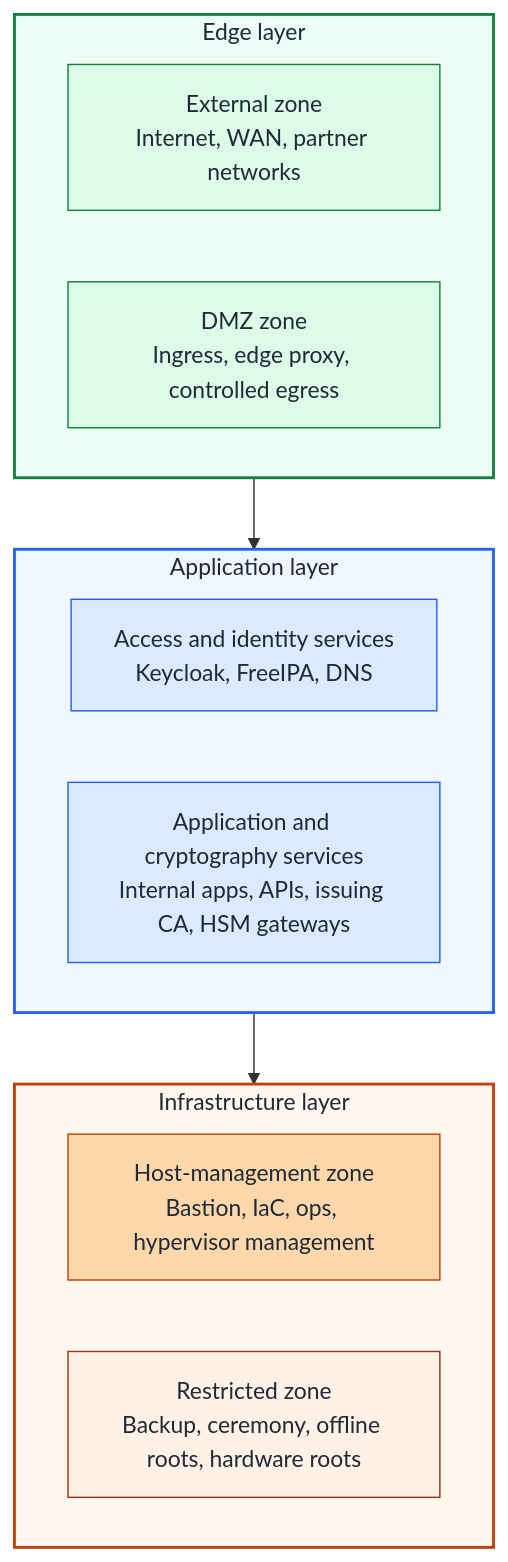
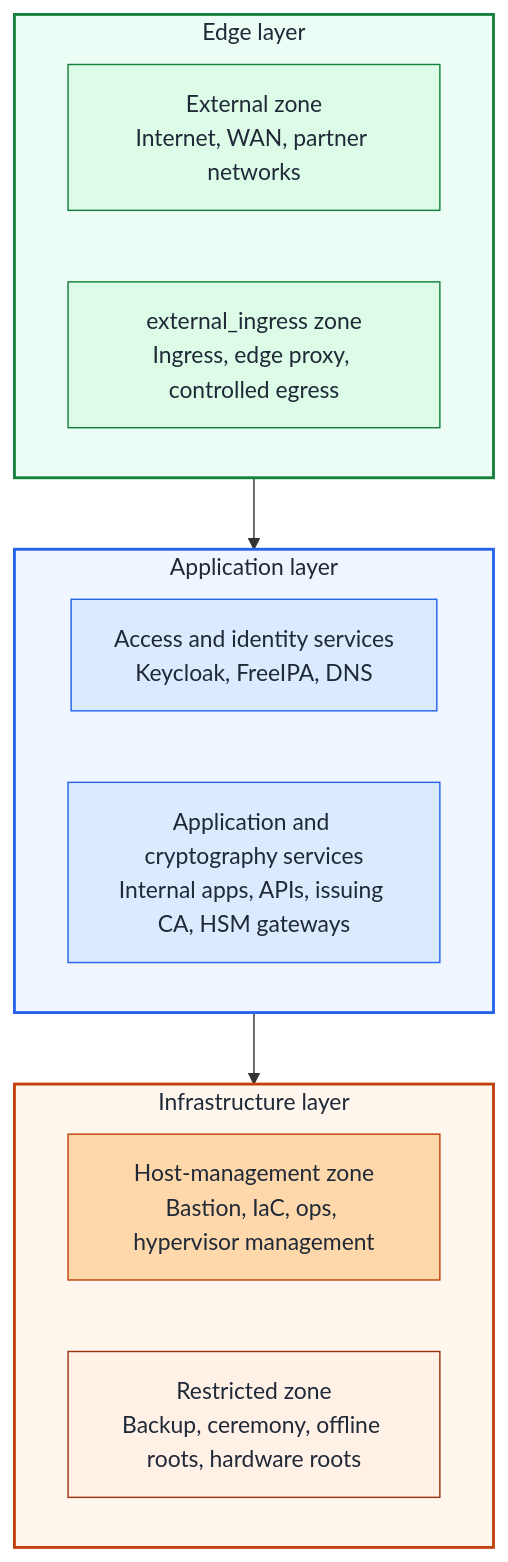
The first of 2 diagrams in docs/architecture/overview.md (Rexus/homelab), drawn with Mermaid before and after one commit. The commit also changed other lines of this file and 52 other files, not shown here.

````diff
--- a/docs/architecture/overview.md
+++ b/docs/architecture/overview.md
@@ -32,33 +32,33 @@
 ```mermaid
 flowchart TB
   subgraph Edge["Edge layer"]
     E1["External zone<br/>Internet, WAN, partner networks"]
-    E2["DMZ zone<br/>Ingress, edge proxy, controlled egress"]
+    E2["external_ingress zone<br/>Ingress, edge proxy, controlled egress"]
   end
 
   subgraph App["Application layer"]
     A1["Access and identity services<br/>Keycloak, FreeIPA, DNS"]
     A2["Application and cryptography services<br/>Internal apps, APIs, issuing CA, HSM gateways"]
   end
 
   subgraph Infra["Infrastructure layer"]
     I1["Host-management zone<br/>Bastion, IaC, ops, hypervisor management"]
     I2["Restricted zone<br/>Backup, ceremony, offline roots, hardware roots"]
   end
 
   Edge --> App --> Infra
 
   style Edge fill:#ecfdf5,stroke:#15803d,stroke-width:2px,color:#1f2937
   style App fill:#eff6ff,stroke:#2563eb,stroke-width:2px,color:#1f2937
   style Infra fill:#fff7ed,stroke:#c2410c,stroke-width:2px,color:#1f2937
 
   classDef edgeNode fill:#dcfce7,stroke:#15803d,color:#1f2937
   classDef appNode fill:#dbeafe,stroke:#2563eb,color:#1f2937
   classDef mgmtNode fill:#fed7aa,stroke:#c2410c,color:#1f2937
   classDef restrictedNode fill:#fff1e6,stroke:#9a3412,color:#1f2937
 
   class E1,E2 edgeNode
   class A1,A2 appNode
   class I1 mgmtNode
   class I2 restrictedNode
 ```
````
